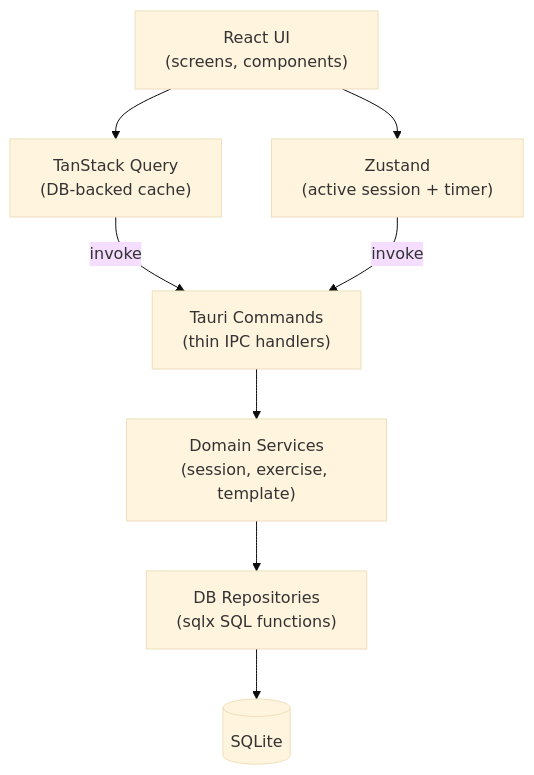
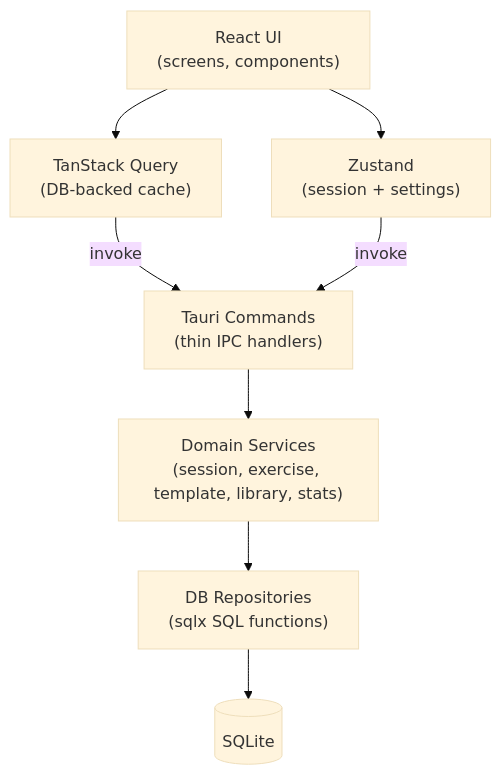
One commit to Dzejrou/dzerkout changed the first of 3 diagrams in ARCH.md. Above: the diagram before and after it, drawn with Mermaid (base theme). The commit also changed other lines of this file, not shown here.

Commit message:
Update architecture documentation

````diff
--- a/ARCH.md
+++ b/ARCH.md
@@ -17,18 +17,18 @@
 ```mermaid
 graph TD
     UI["React UI\n(screens, components)"]
     RQ["TanStack Query\n(DB-backed cache)"]
-    ZS["Zustand\n(active session + timer)"]
+    ZS["Zustand\n(session + settings)"]
     CMD["Tauri Commands\n(thin IPC handlers)"]
-    SVC["Domain Services\n(session, exercise, template)"]
+    SVC["Domain Services\n(session, exercise, template, library, stats)"]
     DB_REPOS["DB Repositories\n(sqlx SQL functions)"]
     DB[(SQLite)]
 
     UI --> RQ
     UI --> ZS
     RQ -->|invoke| CMD
     ZS -->|invoke| CMD
     CMD --> SVC
     SVC --> DB_REPOS
     DB_REPOS --> DB
 ```
````
